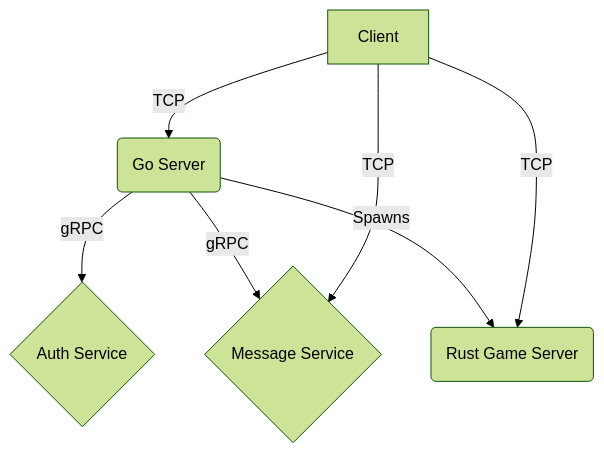
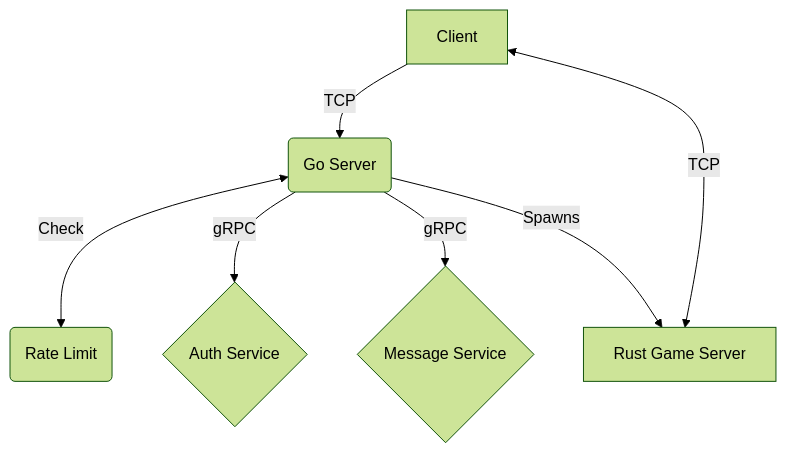
The diagram in docs/architecture.md (GrGLeo/TermArena), drawn with Mermaid (forest theme) before and after one commit. The commit also changed other lines of this file and 8 other files, not shown here.

````diff
--- a/docs/architecture.md
+++ b/docs/architecture.md
@@ -20,9 +21,9 @@
 ```mermaid
 graph TD
     A[Client] -->|TCP| B(Go Server)
-    B -->|gRPC| C{Auth Service}
+    B <-->|Check| C(Rate Limit)
+    B -->|gRPC| D{Auth Service}
     B -->|gRPC| E{Message Service}
-    B -->|Spawns| D(Rust Game Server)
-    A -->|TCP| D
-    A -->|TCP| E
+    B -->|Spawns| F[Rust Game Server]
+    A <-->|TCP| F
 ```
````
